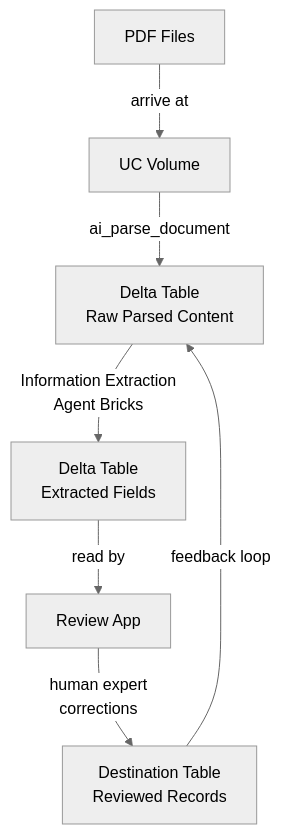
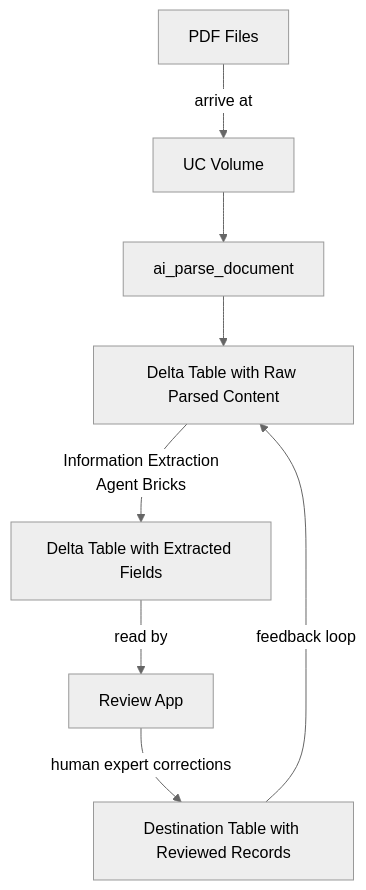
Before and after one commit to CEDipEngineering/InformationExtractionReviewApp: the diagram in README.md, drawn with Mermaid (neutral theme).

Commit message:
Improve flowchart

````diff
--- a/README.md
+++ b/README.md
@@ -7,9 +7,11 @@
 ```mermaid
 flowchart TD
     A[PDF Files] -->|arrive at| B[UC Volume]
-    B -->|ai_parse_document| C[Delta Table\nRaw Parsed Content]
-    C -->|Information Extraction\nAgent Bricks| D[Delta Table\nExtracted Fields]
+    B --> PARSE[ai_parse_document]
+    PARSE --> C[Delta Table with Raw Parsed Content]
+    C -->|Information Extraction\nAgent Bricks| D[Delta Table with Extracted Fields]
     D -->|read by| E[Review App]
-    E -->|human expert\ncorrections| F[Destination Table\nReviewed Records]
+    E -->|human expert corrections| F[Destination Table with Reviewed Records]
     F -->|feedback loop| C
+    click PARSE "https://docs.databricks.com/aws/en/sql/language-manual/functions/ai_parse_document" "ai_parse_document docs"
 ```
````
